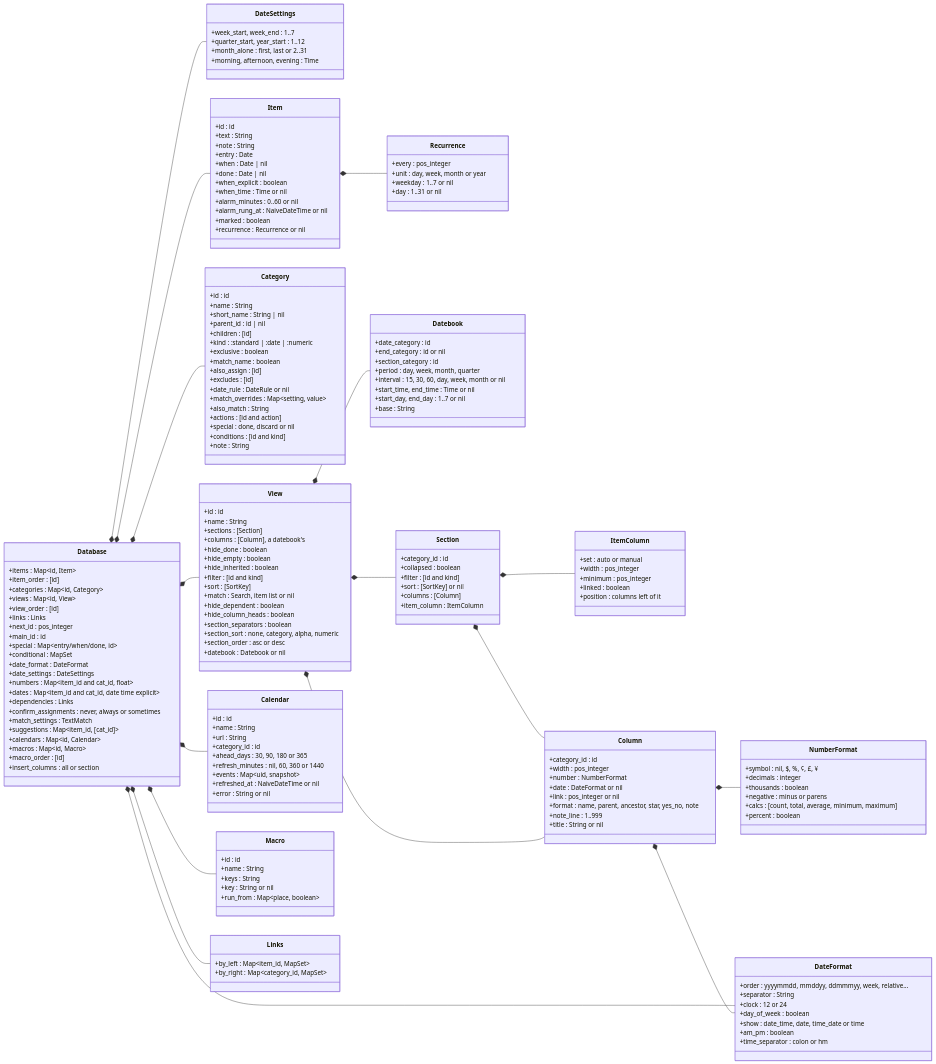
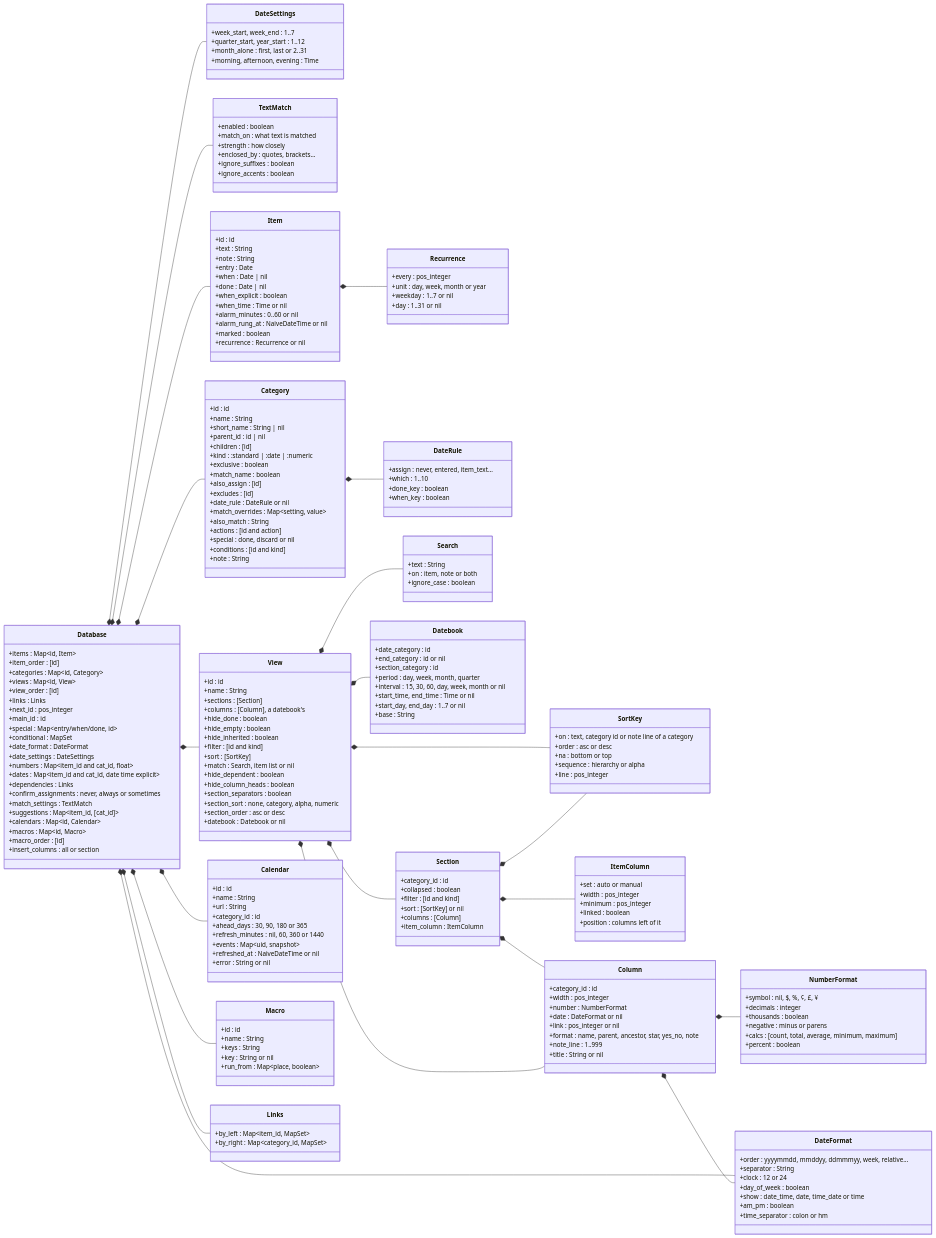
The second of 6 diagrams in docs/DATA_MODEL.md (jamting/agendum), drawn with Mermaid before and after one commit. The commit also changed other lines of this file and 4 other files, not shown here.

````diff
--- a/docs/DATA_MODEL.md
+++ b/docs/DATA_MODEL.md
@@ -187,6 +187,14 @@
         +month_alone : first, last or 2..31
         +morning, afternoon, evening : Time
     }
+    class TextMatch {
+        +enabled : boolean
+        +match_on : what text is matched
+        +strength : how closely
+        +enclosed_by : quotes, brackets…
+        +ignore_suffixes : boolean
+        +ignore_accents : boolean
+    }
     class Item {
         +id : id
         +text : String
@@ -226,6 +234,12 @@
         +conditions : [id and kind]
         +note : String
     }
+    class DateRule {
+        +assign : never, entered, item_text…
+        +which : 1..10
+        +done_key : boolean
+        +when_key : boolean
+    }
     class View {
         +id : id
         +name : String
@@ -243,6 +257,18 @@
         +section_sort : none, category, alpha, numeric
         +section_order : asc or desc
         +datebook : Datebook or nil
+    }
+    class Search {
+        +text : String
+        +on : item, note or both
+        +ignore_case : boolean
+    }
+    class SortKey {
+        +on : text, category id or note line of a category
+        +order : asc or desc
+        +na : bottom or top
+        +sequence : hierarchy or alpha
+        +line : pos_integer
     }
     class Datebook {
         +date_category : id
@@ -316,6 +342,8 @@
     Database *-- Links
     Database *-- DateFormat
     Database *-- DateSettings
+    Database *-- TextMatch
+    Category *-- DateRule
     Database *-- Calendar
     Database *-- Macro
     View *-- Section
@@ -323,6 +351,9 @@
     Section *-- ItemColumn
     View *-- Column
     View *-- Datebook
+    View *-- SortKey
+    View *-- Search
+    Section *-- SortKey
     Column *-- NumberFormat
     Column *-- DateFormat
 ```
````
